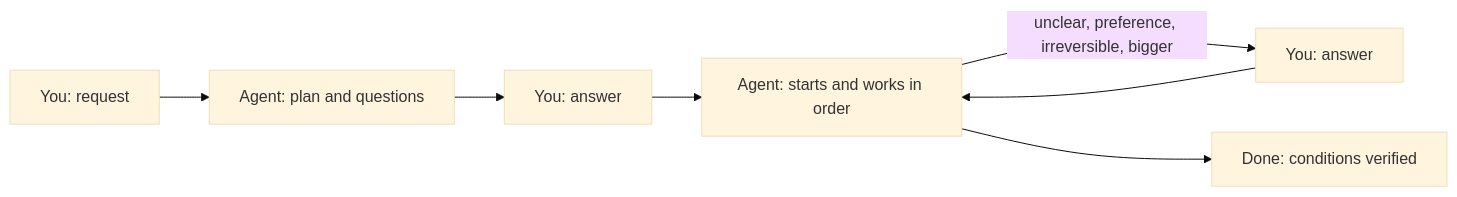
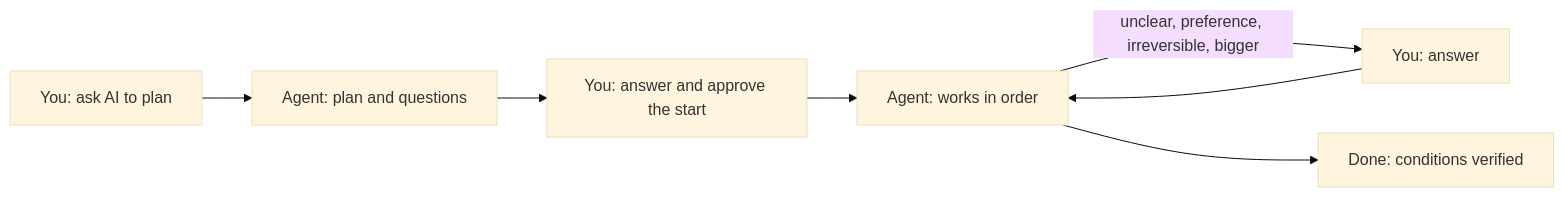
The diagram in docs/guide/index.md (FooQoo/agent-project), drawn with Mermaid (base theme) before and after one commit. The commit also changed other lines of this file and 3 other files, not shown here.

````diff
--- a/docs/guide/index.md
+++ b/docs/guide/index.md
@@ -45,9 +44,9 @@
 ```mermaid
 flowchart LR
-    R["You: request"] --> P["Agent: plan and questions"]
-    P --> A["You: answer"]
-    A --> W["Agent: starts and works in order"]
+    R["You: ask AI to plan"] --> P["Agent: plan and questions"]
+    P --> A["You: answer and approve the start"]
+    A --> W["Agent: works in order"]
     W -- "unclear, preference, irreversible, bigger" --> Q["You: answer"]
     Q --> W
     W --> D["Done: conditions verified"]
 ```
````
